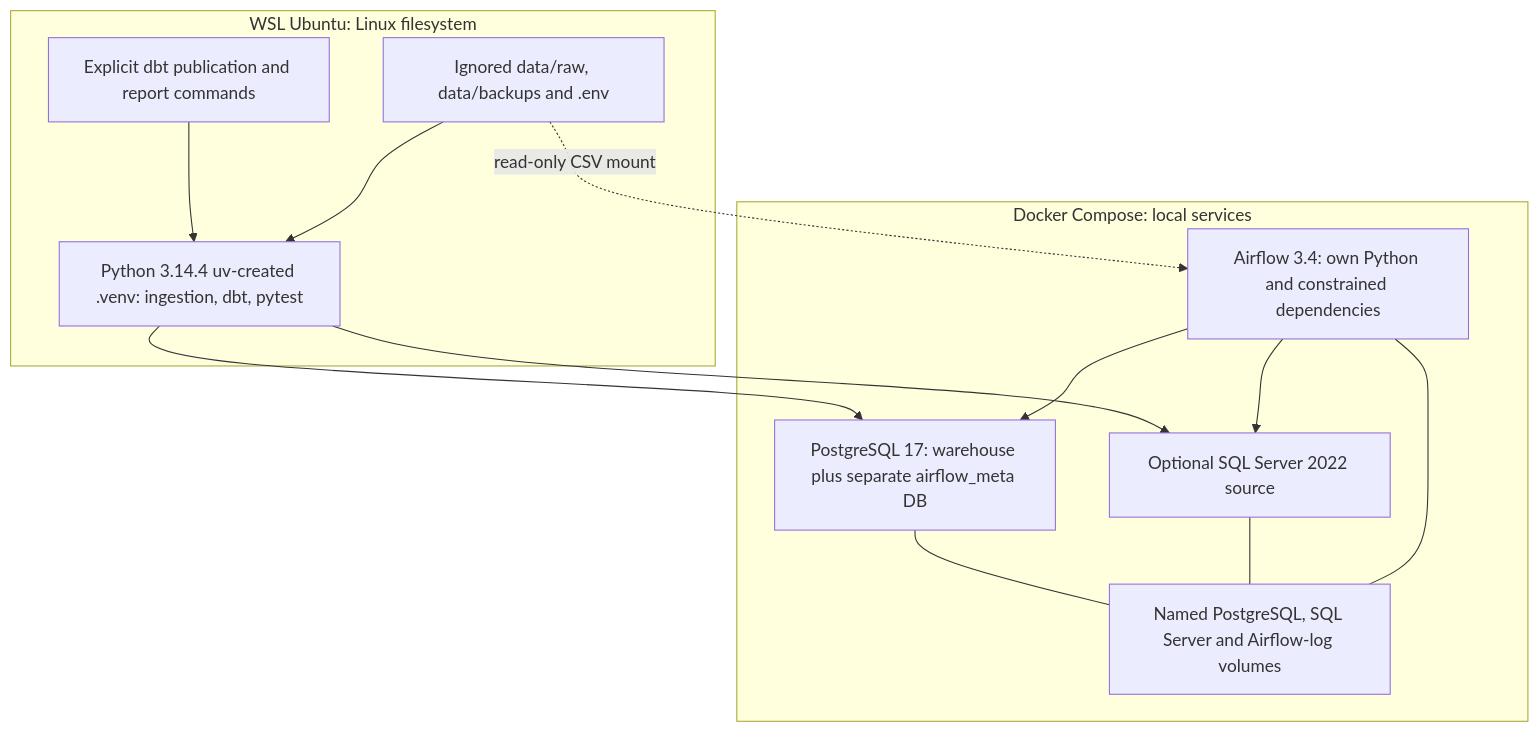
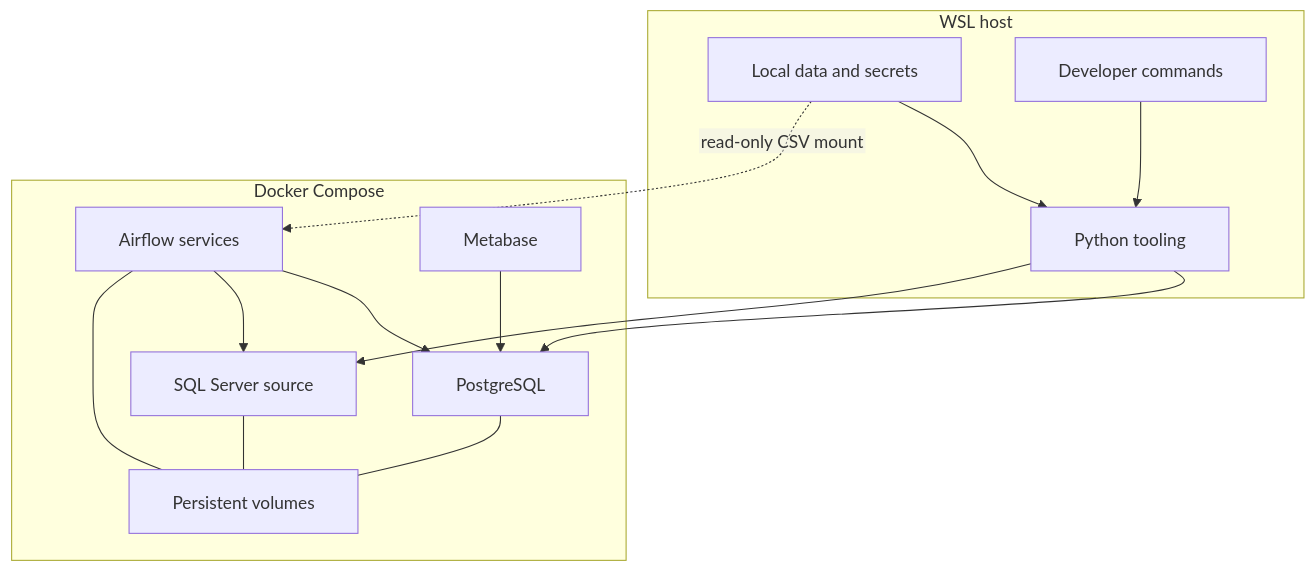
One commit to rulnin/ecommerce-data-platform changed the second of 2 diagrams in docs/architecture.md. Above: the diagram before and after it, drawn with Mermaid. The commit also changed other lines of this file and 64 other files, not shown here.

````diff
--- a/docs/architecture.md
+++ b/docs/architecture.md
@@ -38,24 +42,27 @@
 ```mermaid
+%%{init: {"htmlLabels": false, "flowchart": {"htmlLabels": false, "padding": 20}}}%%
 flowchart TB
-    subgraph WSL["WSL Ubuntu: Linux filesystem"]
-        ENV["Python 3.14.4 uv-created .venv: ingestion, dbt, pytest"]
-        FILES["Ignored data/raw, data/backups and .env"]
-        CLI["Explicit dbt publication and report commands"]
+    subgraph WSL["WSL host"]
+        ENV["Python tooling"]
+        FILES["Local data and secrets"]
+        CLI["Developer commands"]
     end
-    subgraph DOCKER["Docker Compose: local services"]
-        PG["PostgreSQL 17: warehouse plus separate airflow_meta DB"]
-        MSSQL["Optional SQL Server 2022 source"]
-        AIR["Airflow 3.4: own Python and constrained dependencies"]
-        PV["Named PostgreSQL, SQL Server and Airflow-log volumes"]
+    subgraph DOCKER["Docker Compose"]
+        PG["PostgreSQL"]
+        MSSQL["SQL Server source"]
+        AIR["Airflow services"]
+        META["Metabase"]
+        PV["Persistent volumes"]
     end
     ENV --> PG
     ENV --> MSSQL
     CLI --> ENV
     FILES --> ENV
     FILES -. read-only CSV mount .-> AIR
     AIR --> PG
     AIR --> MSSQL
+    META --> PG
     PG --- PV
     MSSQL --- PV
     AIR --- PV
 ```
````
